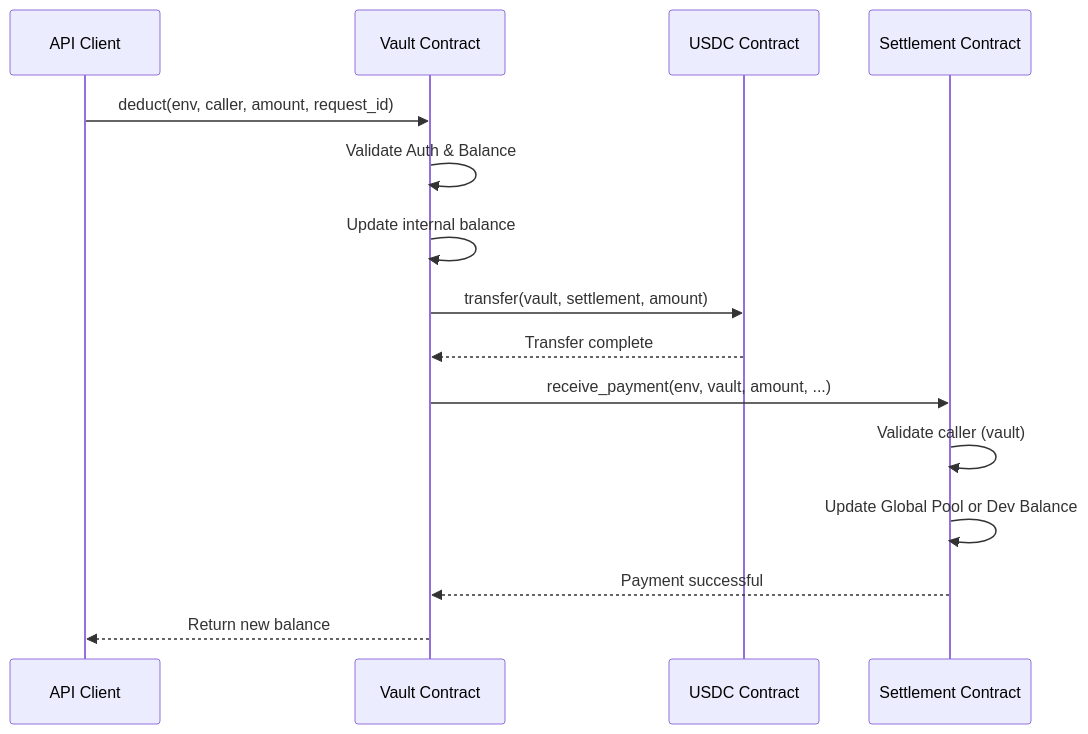
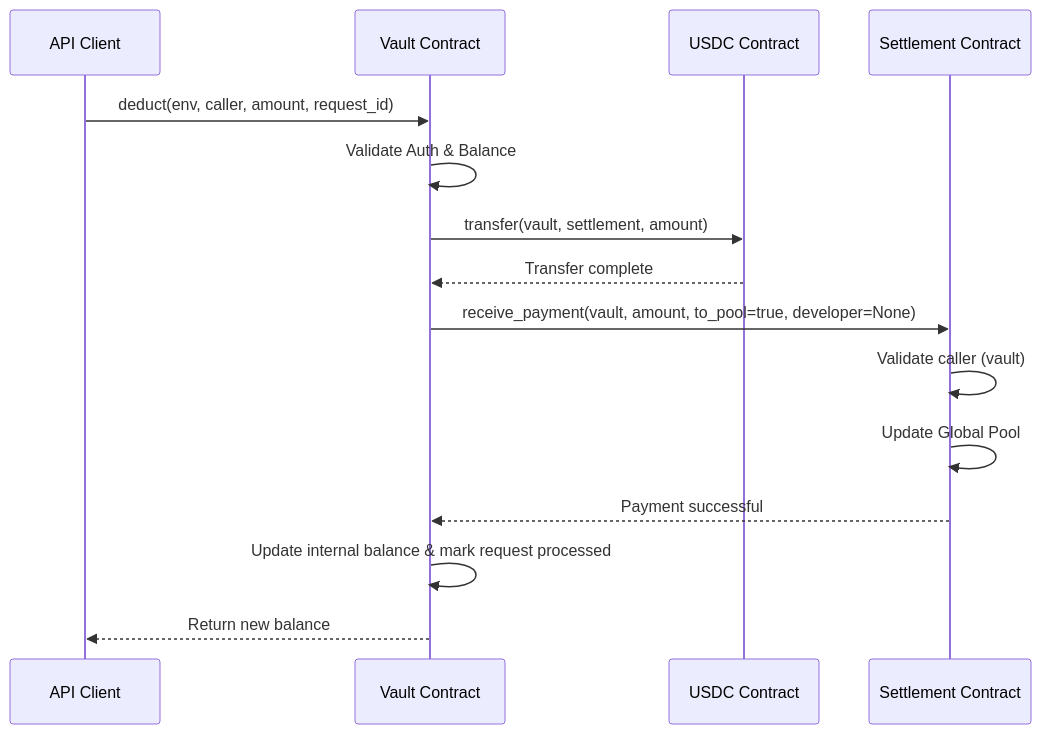
One commit to CalloraOrg/Callora-Contracts changed the diagram in SETTLEMENT_IMPLEMENTATION.md. Above: the diagram before and after it, drawn with Mermaid. The commit also changed other lines of this file and 2 other files, not shown here.

Commit message:
Fix #336: Vault-settlement reconciliation with atomic receive_payment calls

````diff
--- a/SETTLEMENT_IMPLEMENTATION.md
+++ b/SETTLEMENT_IMPLEMENTATION.md
@@ -23,18 +36,18 @@
 ```mermaid
 sequenceDiagram
     participant API as API Client
     participant Vault as Vault Contract
     participant USDC as USDC Contract
     participant Settlement as Settlement Contract
     
     API->>Vault: deduct(env, caller, amount, request_id)
     Vault->>Vault: Validate Auth & Balance
-    Vault->>Vault: Update internal balance
     Vault->>USDC: transfer(vault, settlement, amount)
     USDC-->>Vault: Transfer complete
-    Vault->>Settlement: receive_payment(env, vault, amount, ...)
+    Vault->>Settlement: receive_payment(vault, amount, to_pool=true, developer=None)
     Settlement->>Settlement: Validate caller (vault)
-    Settlement->>Settlement: Update Global Pool or Dev Balance
+    Settlement->>Settlement: Update Global Pool
     Settlement-->>Vault: Payment successful
+    Vault->>Vault: Update internal balance & mark request processed
     Vault-->>API: Return new balance
 ```
````
